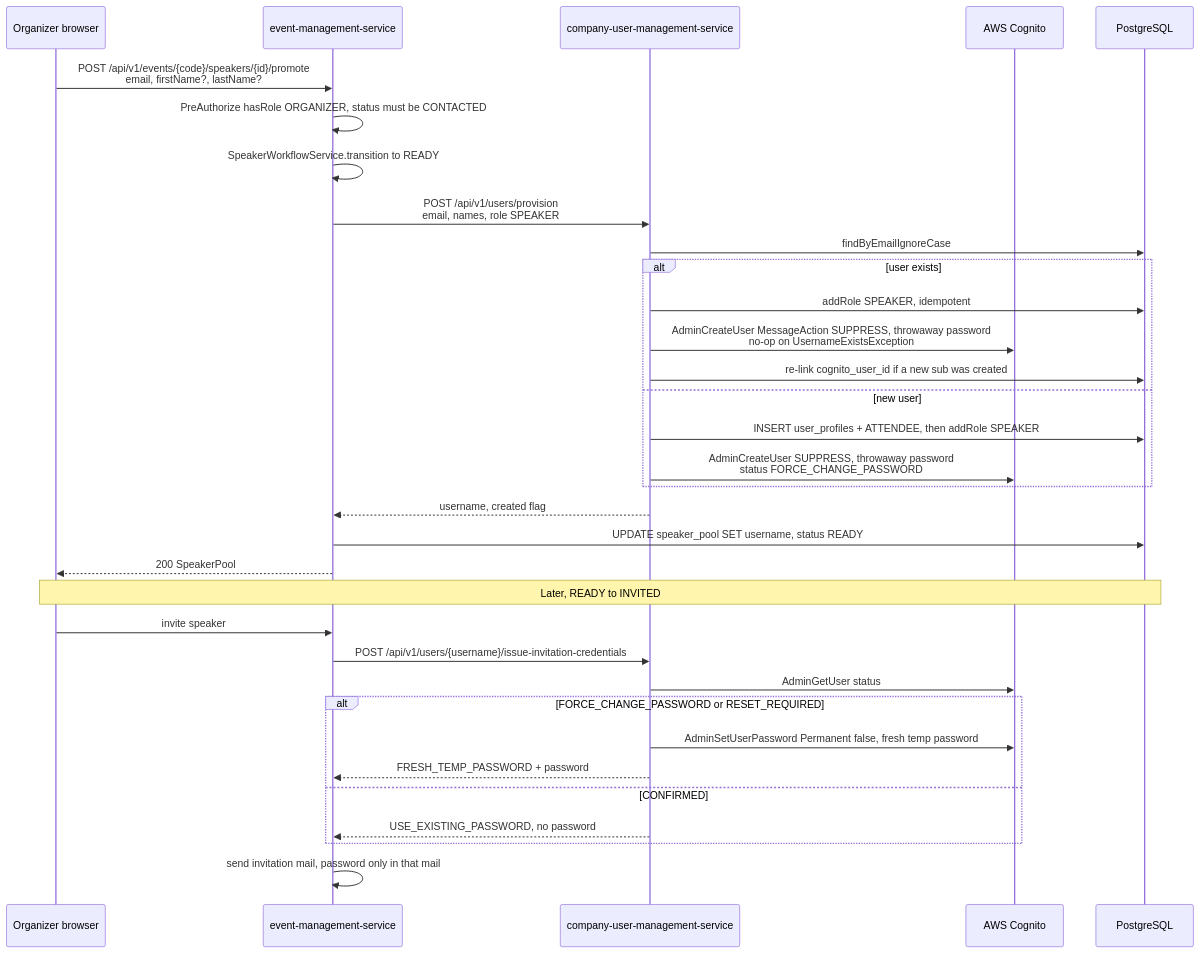
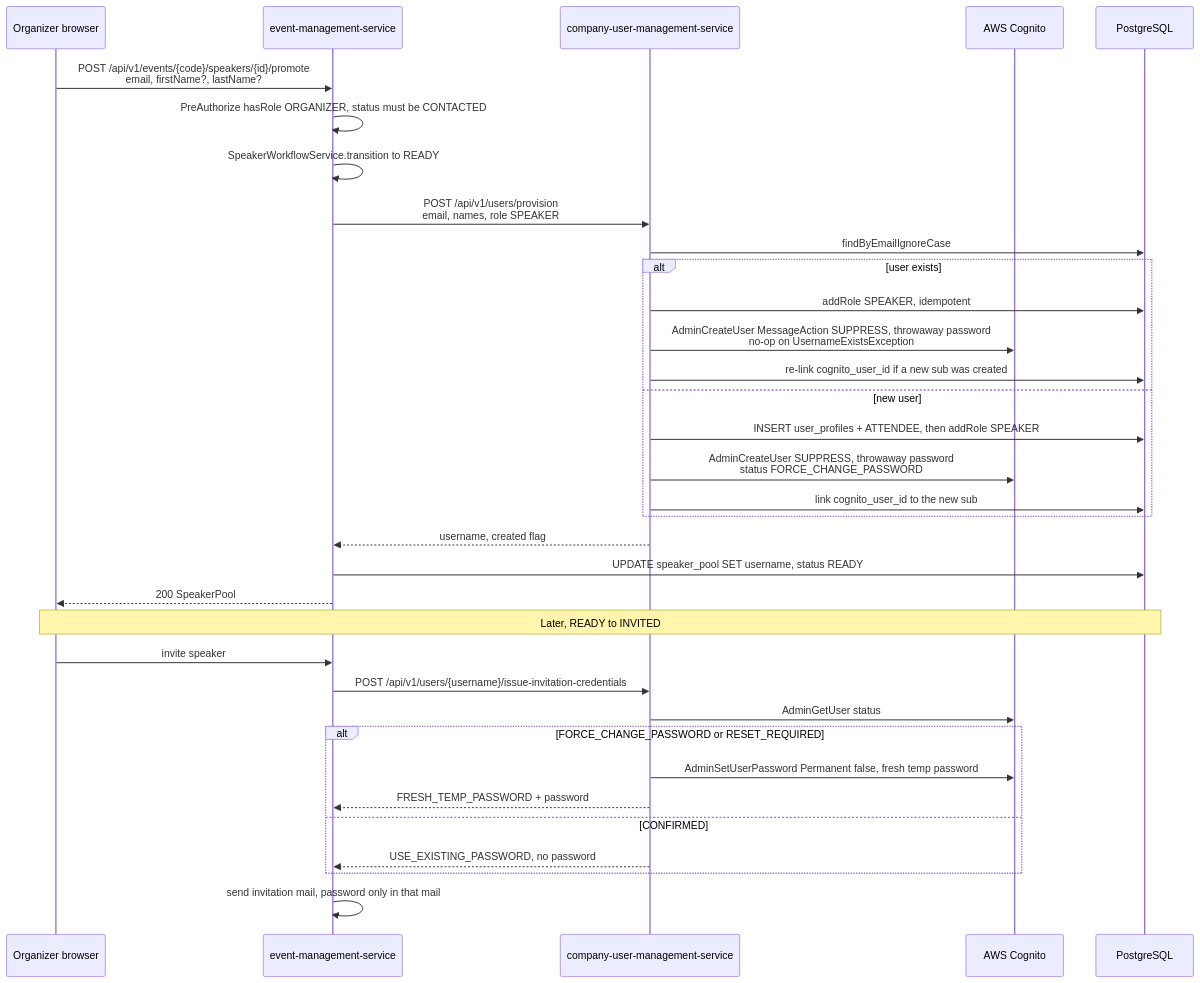
The third of 7 diagrams in docs/architecture/06b-user-lifecycle-sync.md (nissimbuchs/BATbern2), drawn with Mermaid before and after one commit. The commit also changed other lines of this file and 479 other files, not shown here.

````diff
--- a/docs/architecture/06b-user-lifecycle-sync.md
+++ b/docs/architecture/06b-user-lifecycle-sync.md
@@ -239,37 +239,38 @@
 ```mermaid
 sequenceDiagram
     participant Org as Organizer browser
     participant EMS as event-management-service
     participant CUMS as company-user-management-service
     participant Cognito as AWS Cognito
     participant DB as PostgreSQL
 
     Org->>EMS: POST /api/v1/events/{code}/speakers/{id}/promote<br/>email, firstName?, lastName?
     EMS->>EMS: PreAuthorize hasRole ORGANIZER, status must be CONTACTED
     EMS->>EMS: SpeakerWorkflowService.transition to READY
     EMS->>CUMS: POST /api/v1/users/provision<br/>email, names, role SPEAKER
     CUMS->>DB: findByEmailIgnoreCase
     alt user exists
         CUMS->>DB: addRole SPEAKER, idempotent
         CUMS->>Cognito: AdminCreateUser MessageAction SUPPRESS, throwaway password<br/>no-op on UsernameExistsException
         CUMS->>DB: re-link cognito_user_id if a new sub was created
     else new user
         CUMS->>DB: INSERT user_profiles + ATTENDEE, then addRole SPEAKER
         CUMS->>Cognito: AdminCreateUser SUPPRESS, throwaway password<br/>status FORCE_CHANGE_PASSWORD
+        CUMS->>DB: link cognito_user_id to the new sub
     end
     CUMS-->>EMS: username, created flag
     EMS->>DB: UPDATE speaker_pool SET username, status READY
     EMS-->>Org: 200 SpeakerPool
 
     Note over Org,DB: Later, READY to INVITED
     Org->>EMS: invite speaker
     EMS->>CUMS: POST /api/v1/users/{username}/issue-invitation-credentials
     CUMS->>Cognito: AdminGetUser status
     alt FORCE_CHANGE_PASSWORD or RESET_REQUIRED
         CUMS->>Cognito: AdminSetUserPassword Permanent false, fresh temp password
         CUMS-->>EMS: FRESH_TEMP_PASSWORD + password
     else CONFIRMED
         CUMS-->>EMS: USE_EXISTING_PASSWORD, no password
     end
     EMS->>EMS: send invitation mail, password only in that mail
 ```
````
